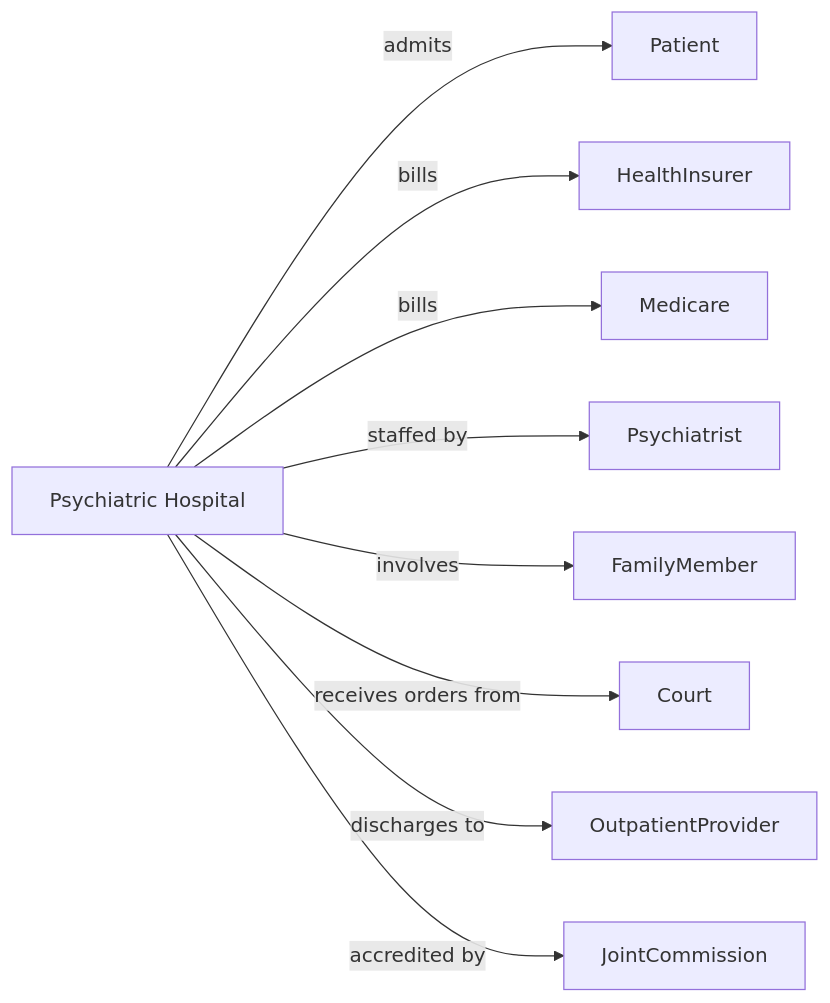
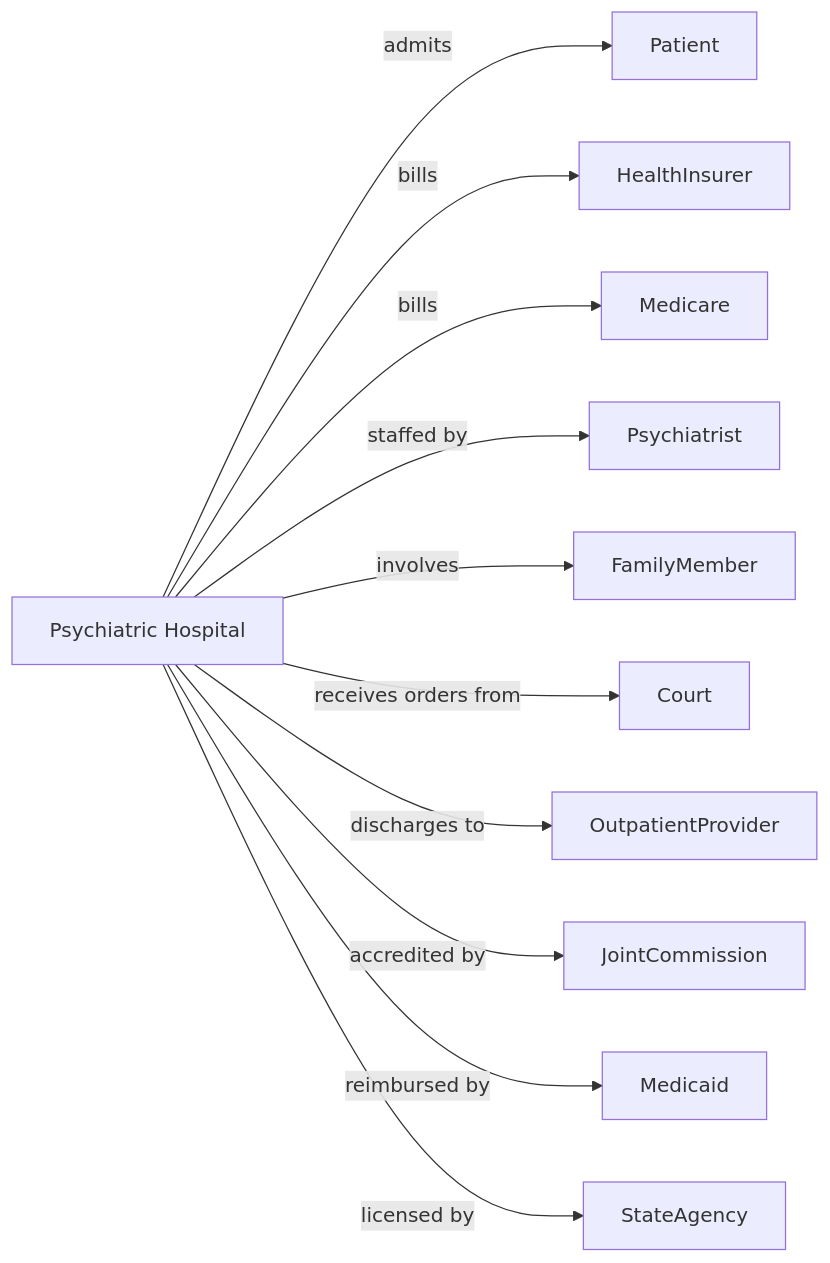
Before and after one commit to dot-org-ai/industries.org.ai: the second of 2 diagrams in HealthCare/Hospitals/PsychiatricAndSubstanceAbuseHospitals/PsychiatricAndSubstanceAbuseHospitals.mdx, drawn with Mermaid. The commit also changed 588 other files, not shown here.

````diff
--- a/HealthCare/Hospitals/PsychiatricAndSubstanceAbuseHospitals/PsychiatricAndSubstanceAbuseHospitals.mdx
+++ b/HealthCare/Hospitals/PsychiatricAndSubstanceAbuseHospitals/PsychiatricAndSubstanceAbuseHospitals.mdx
@@ -141,13 +141,15 @@
 ```mermaid
 graph LR
     P[Psychiatric Hospital]
 
     P -->|admits| Patient
     P -->|bills| HealthInsurer
     P -->|bills| Medicare
     P -->|staffed by| Psychiatrist
     P -->|involves| FamilyMember
     P -->|receives orders from| Court
     P -->|discharges to| OutpatientProvider
     P -->|accredited by| JointCommission
+    P -->|reimbursed by| Medicaid
+    P -->|licensed by| StateAgency
 ```
````
